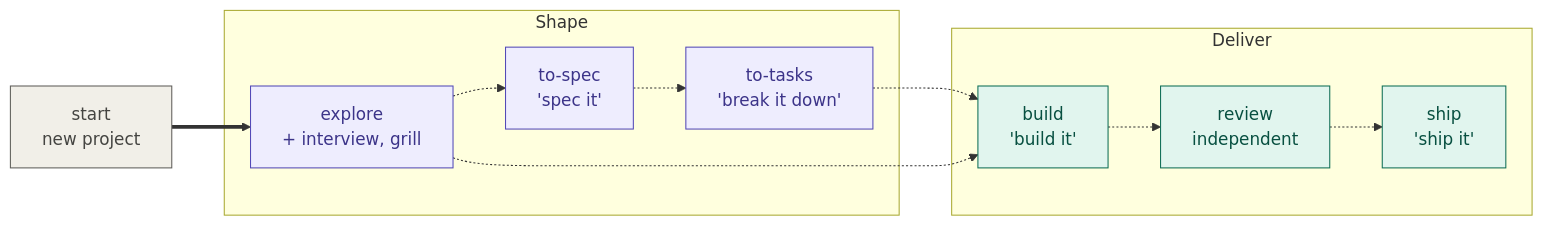
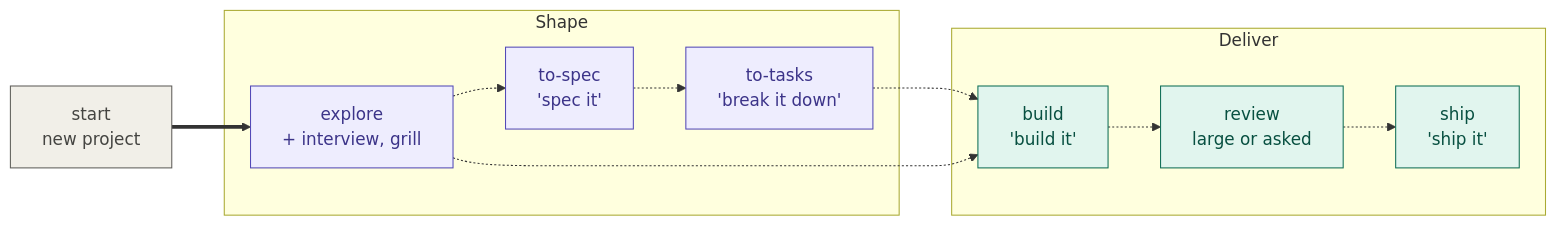
One commit to gaboesquivel/flow-skills changed the diagram in README.md. Above: the diagram before and after it, drawn with Mermaid. The commit also changed other lines of this file and 38 other files, not shown here.

````diff
--- a/README.md
+++ b/README.md
@@ -55,23 +54,23 @@
 ```mermaid
 flowchart LR
   start["start<br/>new project"] ==> explore
   subgraph shapeGroup [Shape]
     explore["explore<br/>+ interview, grill"]
     spec["to-spec<br/>'spec it'"]
     tasks["to-tasks<br/>'break it down'"]
   end
   subgraph deliverGroup [Deliver]
     build["build<br/>'build it'"]
-    review["review<br/>independent"]
+    review["review<br/>large or asked"]
     ship["ship<br/>'ship it'"]
   end
   explore -.-> spec -.-> tasks -.-> build
   explore -.-> build
   build -.-> review -.-> ship
   classDef shapeNode fill:#EEEDFE,stroke:#534AB7,color:#3C3489
   classDef deliverNode fill:#E1F5EE,stroke:#0F6E56,color:#085041
   classDef startNode fill:#F1EFE8,stroke:#5F5E5A,color:#444441
   class explore,spec,tasks shapeNode
   class build,review,ship deliverNode
   class start startNode
 ```
````
